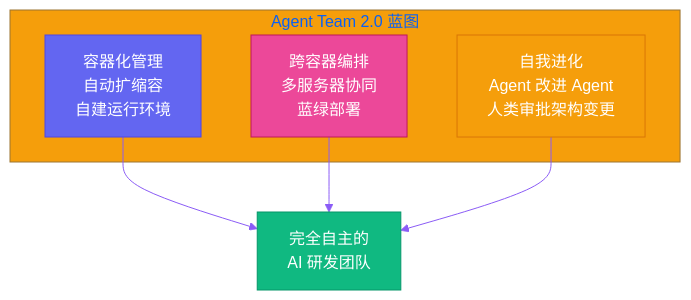
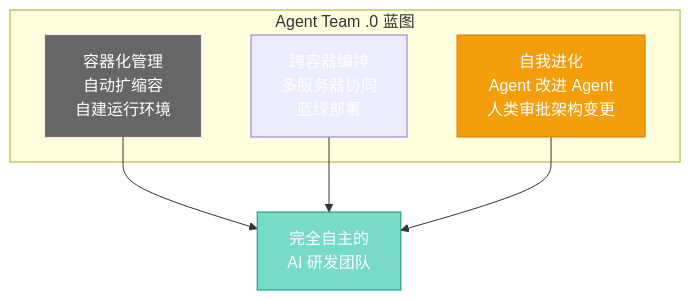
One commit to VokoForge/ai-prism changed the second of 2 diagrams in posts/yason-and-roberts/zh/ch21.md. Above: the diagram before and after it, drawn with Mermaid. The commit also changed other lines of this file and 31 other files, not shown here.

First line of the commit message:
✨ Rewrite all articles: hook titles, Mermaid diagrams, engaging style

````diff
--- a/posts/yason-and-roberts/zh/ch21.md
+++ b/posts/yason-and-roberts/zh/ch21.md
@@ -111,18 +110,17 @@
 ```mermaid
-%%{init: {'theme': 'base', 'themeVariables': {'primaryColor': '#6366f1','primaryTextColor': '#fff','primaryBorderColor': '#4f46e5','lineColor': '#8b5cf6','secondaryColor': '#ec4899','tertiaryColor': '#f59e0b'}}}%%
 graph TB
-    subgraph "Agent Team 2.0 蓝图"
+    subgraph "Agent Team .0 蓝图"
         A["容器化管理<br>自动扩缩容<br>自建运行环境"]
         B["跨容器编排<br>多服务器协同<br>蓝绿部署"]
         C["自我进化<br>Agent 改进 Agent<br>人类审批架构变更"]
     end
 
     A --> R["完全自主的<br>AI 研发团队"]
     B --> R
     C --> R
 
-    style A fill:#6366f1,stroke:#4f46e5,color:#fff
-    style B fill:#ec4899,stroke:#be185d,color:#fff
+    style A fill:#666f,stroke:#f6e5,color:#fff
+    style B fill:#ec899,stroke:#be85d,color:#fff
     style C fill:#f59e0b,stroke:#d97706,color:#fff
-    style R fill:#10b981,stroke:#059669,color:#fff
+    style R fill:#0b98,stroke:#059669,color:#fff
 ```
````
